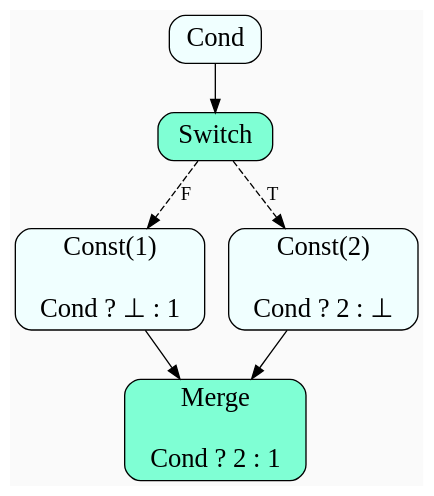
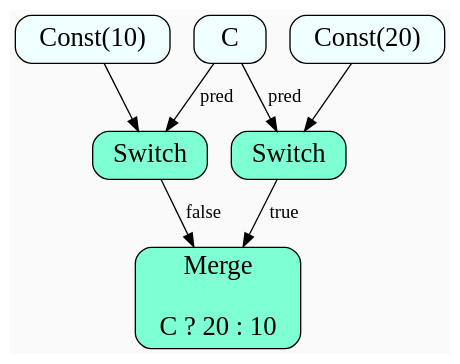
The diagram in control-flow-in-tf-a.dot (sanjoy/auto-clustering-presentation), drawn with Graphviz before and after one commit. The commit also changed 14 other files, not shown here.

```diff
--- a/control-flow-in-tf-a.dot
+++ b/control-flow-in-tf-a.dot
@@ -1,14 +1,20 @@
 digraph {
   graph[bgcolor=gray98,compound=true]
   node[fontsize=20,shape=box,fillcolor=azure, style="filled,rounded"]
 
-  1[label="Const(1)\n\nCond ? ⊥ : 1"]
-  2[label="Const(2)\n\nCond ? 2 : ⊥"]
-  Switch[fillcolor=aquamarine]
-  Merge[fillcolor=aquamarine,label="Merge\n\nCond ? 2 : 1"]
-  Cond -> Switch
-  Switch -> 1[style=dashed,label=F]
-  Switch -> 2[style=dashed,label=T]
-  1 -> Merge
-  2 -> Merge
+  10[label="Const(10)"]
+  20[label="Const(20)"]
+  Switch10[fillcolor=aquamarine,label="Switch"]
+  Switch20[fillcolor=aquamarine,label="Switch"]
+
+  C -> Switch10[label=pred]
+  C -> Switch20[label=pred]
+
+  10 -> Switch10
+  20 -> Switch20
+
+  Merge[fillcolor=aquamarine,label="Merge\n\nC ? 20 : 10"]
+
+  Switch10 -> Merge[label="false"]
+  Switch20 -> Merge[label="true"]
 }
```
